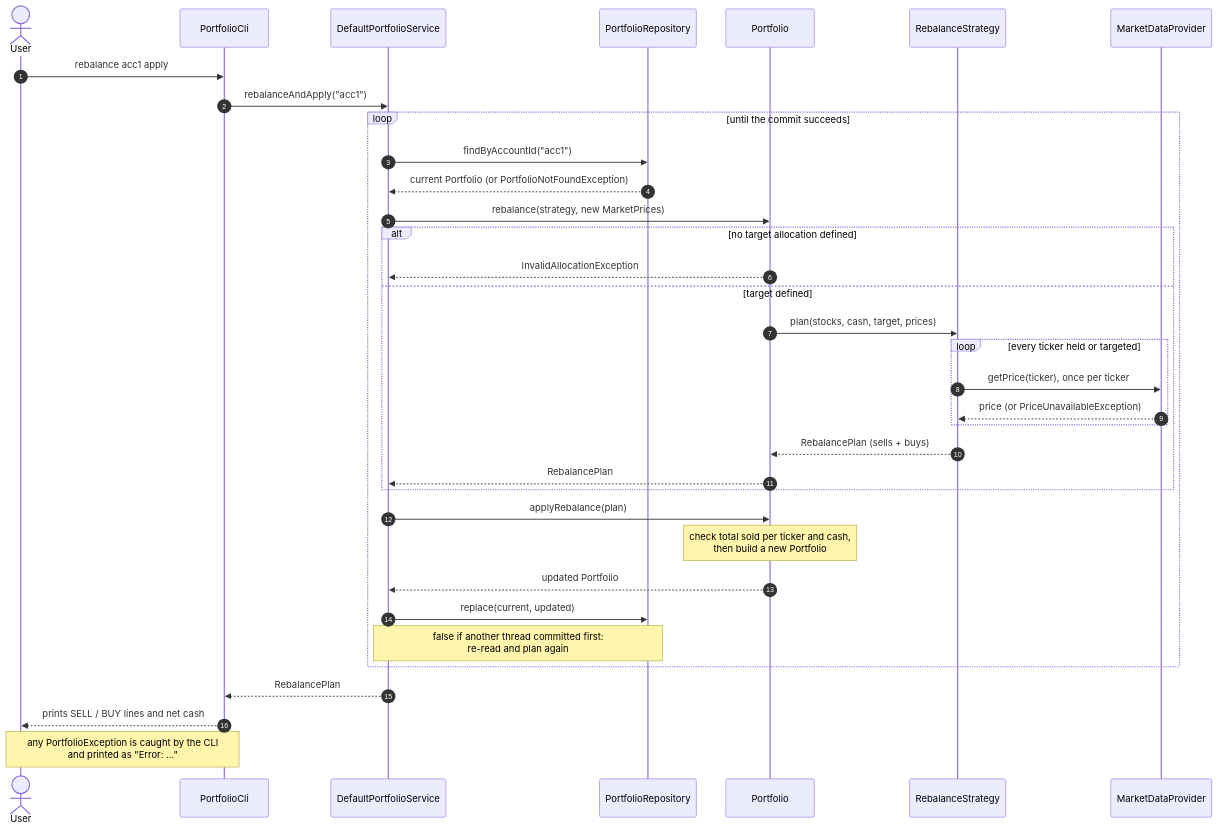
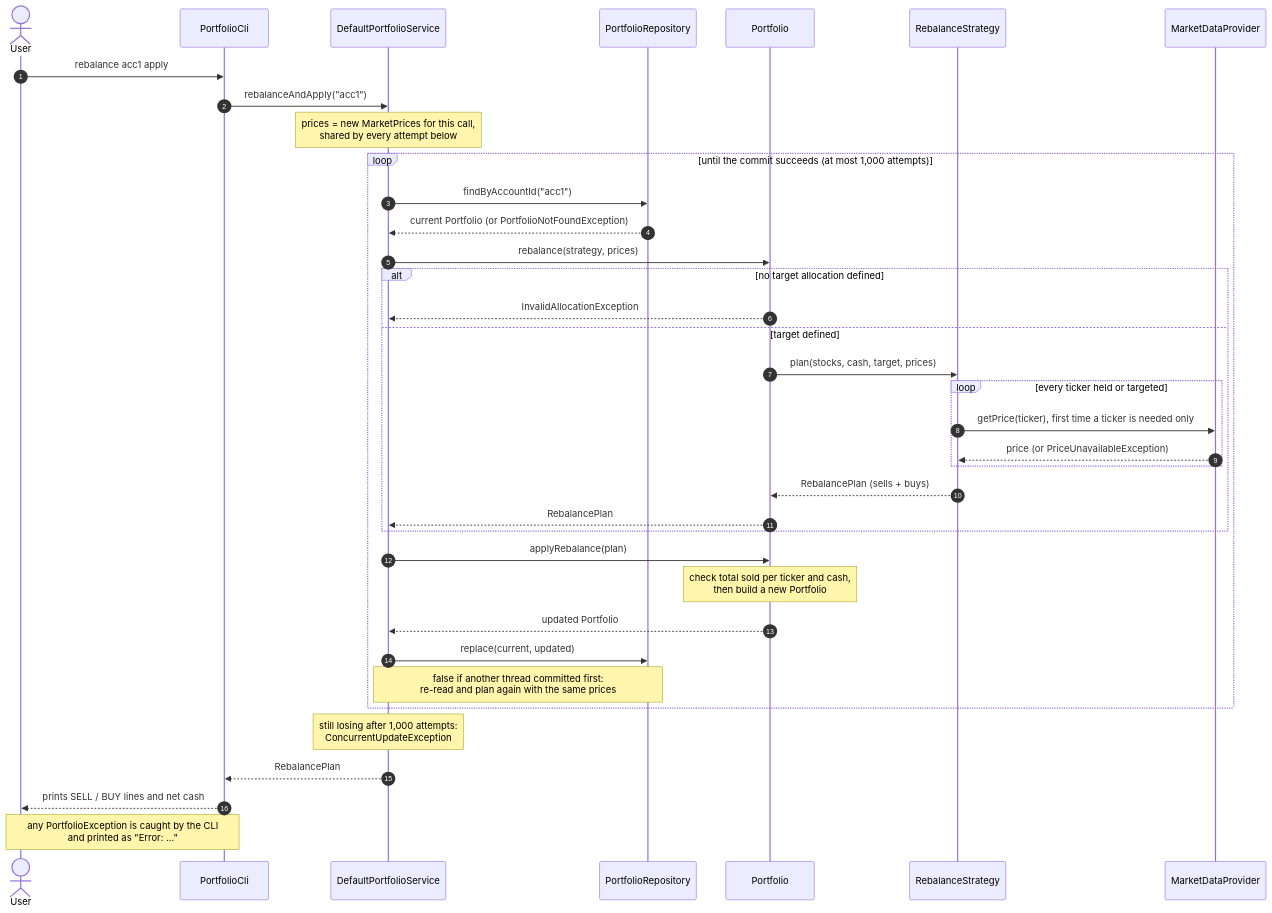
Before and after one commit to carlos-vegamu/PortfolioManagement: the third of 5 diagrams in docs/ARCHITECTURE.md, drawn with Mermaid. The commit also changed other lines of this file and 19 other files, not shown here.

````diff
--- a/docs/ARCHITECTURE.md
+++ b/docs/ARCHITECTURE.md
@@ -218,39 +230,41 @@
 ```mermaid
 sequenceDiagram
     autonumber
     actor User
     participant CLI as PortfolioCli
     participant Svc as DefaultPortfolioService
     participant Repo as PortfolioRepository
     participant PF as Portfolio
     participant Strat as RebalanceStrategy
     participant Mkt as MarketDataProvider
 
     User->>CLI: rebalance acc1 apply
     CLI->>Svc: rebalanceAndApply("acc1")
-    loop until the commit succeeds
+    Note over Svc: prices = new MarketPrices for this call,<br/>shared by every attempt below
+    loop until the commit succeeds (at most 1,000 attempts)
         Svc->>Repo: findByAccountId("acc1")
         Repo-->>Svc: current Portfolio (or PortfolioNotFoundException)
-        Svc->>PF: rebalance(strategy, new MarketPrices)
+        Svc->>PF: rebalance(strategy, prices)
         alt no target allocation defined
             PF-->>Svc: InvalidAllocationException
         else target defined
             PF->>Strat: plan(stocks, cash, target, prices)
             loop every ticker held or targeted
-                Strat->>Mkt: getPrice(ticker), once per ticker
+                Strat->>Mkt: getPrice(ticker), first time a ticker is needed only
                 Mkt-->>Strat: price (or PriceUnavailableException)
             end
             Strat-->>PF: RebalancePlan (sells + buys)
             PF-->>Svc: RebalancePlan
         end
         Svc->>PF: applyRebalance(plan)
         Note over PF: check total sold per ticker and cash,<br/>then build a new Portfolio
         PF-->>Svc: updated Portfolio
         Svc->>Repo: replace(current, updated)
-        Note over Svc,Repo: false if another thread committed first:<br/>re-read and plan again
+        Note over Svc,Repo: false if another thread committed first:<br/>re-read and plan again with the same prices
     end
+    Note over Svc: still losing after 1,000 attempts:<br/>ConcurrentUpdateException
     Svc-->>CLI: RebalancePlan
     CLI-->>User: prints SELL / BUY lines and net cash
 
     Note over CLI,User: any PortfolioException is caught by the CLI<br/>and printed as "Error: …"
 ```
````
